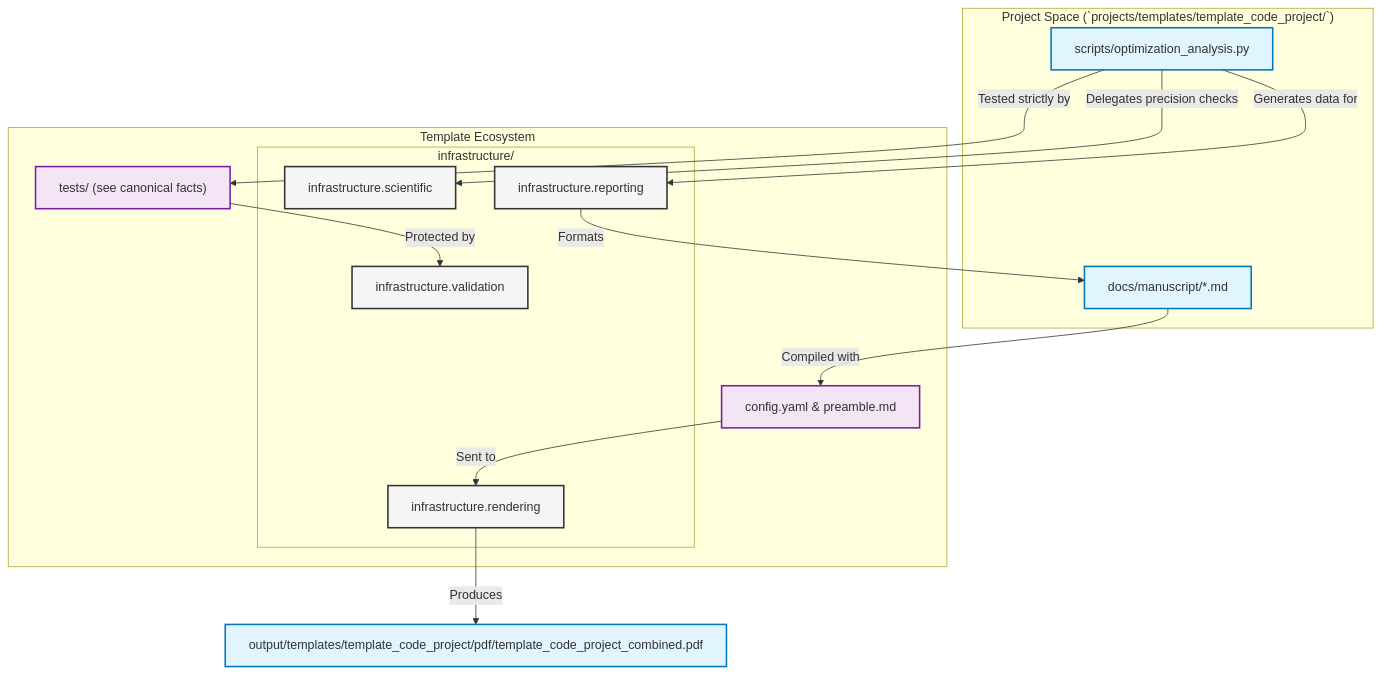
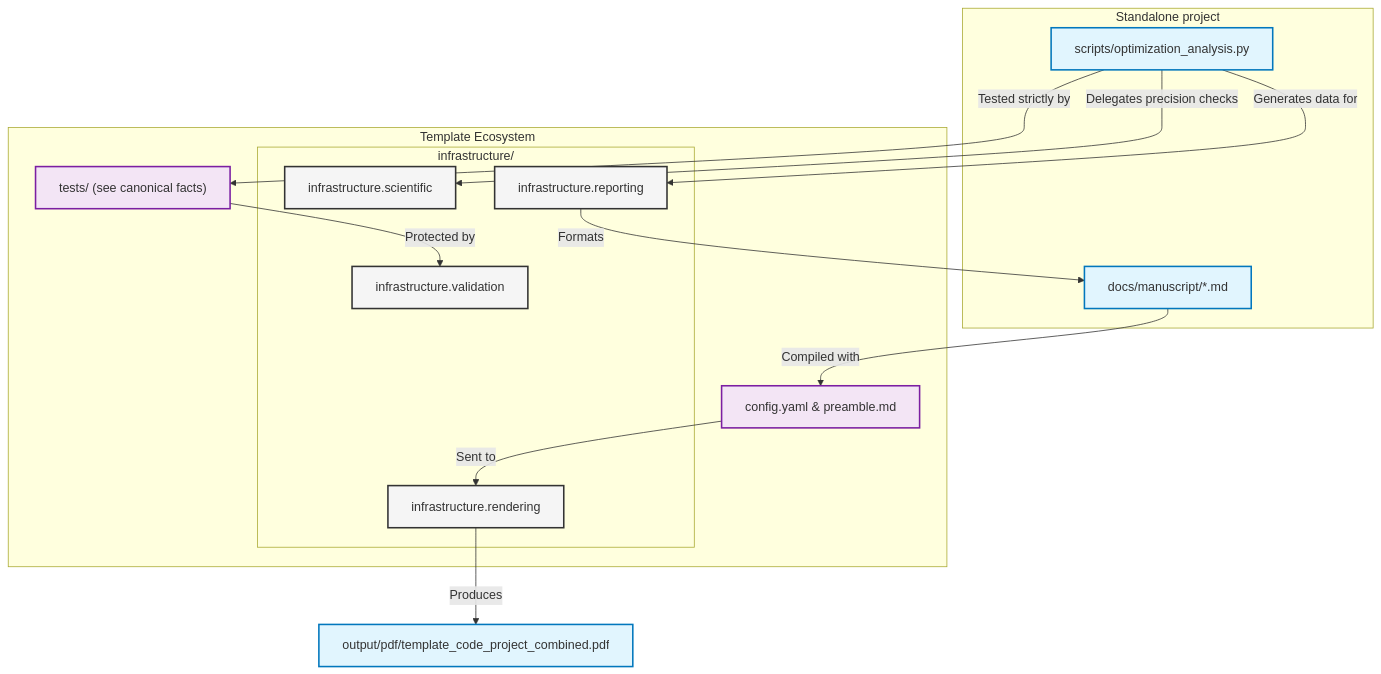
Before and after one commit to docxology/template_code_project: the diagram in docs/manuscript/README.md, drawn with Mermaid. The commit also changed other lines of this file and 4 other files, not shown here.

````diff
--- a/docs/manuscript/README.md
+++ b/docs/manuscript/README.md
@@ -29,32 +29,32 @@
 ```mermaid
 graph TD
     classDef infra fill:#f5f5f5,stroke:#333,stroke-width:2px;
     classDef project fill:#e1f5fe,stroke:#0277bd,stroke-width:2px;
     classDef docs fill:#f3e5f5,stroke:#7b1fa2,stroke-width:2px;
 
-    subgraph "Project Space (`projects/templates/template_code_project/`)"
+    subgraph "Standalone project"
         Script["scripts/optimization_analysis.py"]:::project
         Manuscript["docs/manuscript/*.md"]:::project
     end
 
     subgraph "Template Ecosystem"
         Tests["tests/ (see canonical facts)"]:::docs
         Config["config.yaml & preamble.md"]:::docs
 
         subgraph "`infrastructure/`"
             Validation["infrastructure.validation"]:::infra
             Scientific["infrastructure.scientific"]:::infra
             Reporting["infrastructure.reporting"]:::infra
             Rendering["infrastructure.rendering"]:::infra
         end
     end
 
     Script -->|Delegates precision checks| Scientific
     Script -->|Tested strictly by| Tests
     Tests -->|Protected by| Validation
     Script -->|Generates data for| Reporting
     Reporting -->|Formats| Manuscript
     Manuscript -->|Compiled with| Config
     Config -->|Sent to| Rendering
-    Rendering -->|Produces| PDF["output/templates/template_code_project/pdf/template_code_project_combined.pdf"]:::project
+    Rendering -->|Produces| PDF["output/pdf/template_code_project_combined.pdf"]:::project
 ```
````
